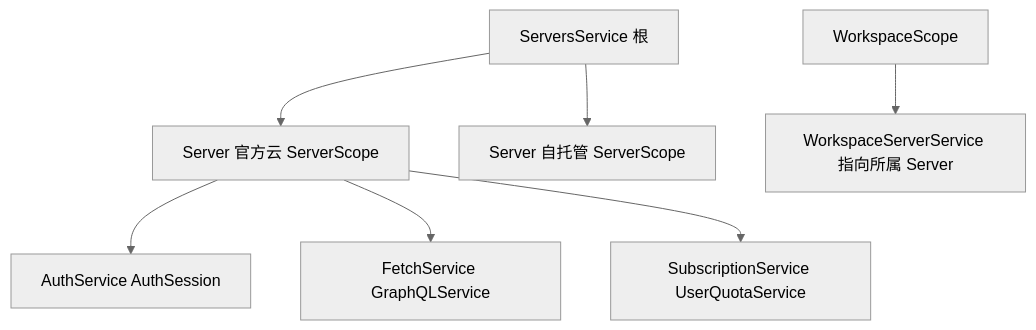
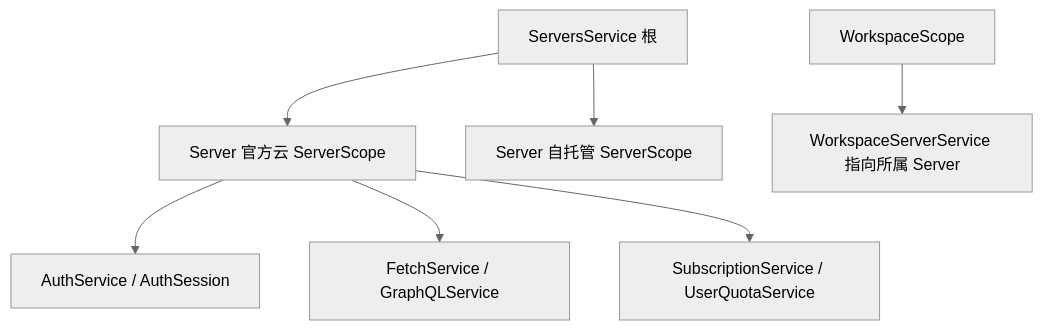
Before and after one commit to lfire/AFFiNE: the seventh of 7 diagrams in learning-guide/slides/decks/17.md, drawn with Mermaid (neutral theme). The commit also changed other lines of this file and 46 other files, not shown here.

````diff
--- a/learning-guide/slides/decks/17.md
+++ b/learning-guide/slides/decks/17.md
@@ -442,9 +699,9 @@
 ```mermaid
 flowchart TB
-  SS[ServersService 根] --> S1[Server 官方云 ServerScope]
-  SS --> S2[Server 自托管 ServerScope]
-  S1 --> Auth[AuthService AuthSession]
-  S1 --> GQL[FetchService GraphQLService]
-  S1 --> Sub[SubscriptionService UserQuotaService]
-  WS[WorkspaceScope] --> WSS[WorkspaceServerService 指向所属 Server]
+  SS["ServersService 根"] --> S1["Server 官方云 ServerScope"]
+  SS --> S2["Server 自托管 ServerScope"]
+  S1 --> Auth["AuthService / AuthSession"]
+  S1 --> GQL["FetchService / GraphQLService"]
+  S1 --> Sub["SubscriptionService / UserQuotaService"]
+  WS["WorkspaceScope"] --> WSS["WorkspaceServerService 指向所属 Server"]
 ```
````
